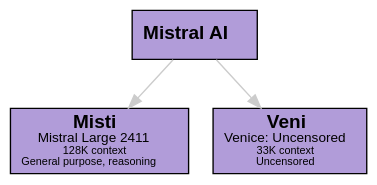
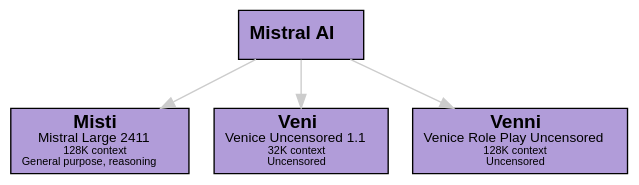
One commit to sswam/allemande changed diagram 11 of 14 in doc/guide.md. Above: the diagram before and after it, drawn with Graphviz. The commit also changed other lines of this file and 4 other files, not shown here.

First line of the commit message:
feat(llms): add venice-uncensored-role-play model

````diff
--- a/doc/guide.md
+++ b/doc/guide.md
@@ -621,14 +621,15 @@
 ```dot
 digraph Mistral {
     graph [bgcolor=transparent]
     edge [color="#CCCCCC"]
     node [shape=box, style=filled, fillcolor="#B19CD9", fontname="Helvetica"]
 
     "Mistral" [label=<<b>Mistral AI</b>>]
     "Misti" [label=<<b>Misti</b><br/><font point-size="10">Mistral Large 2411</font><br/><font point-size="8">128K context</font><br/><font point-size="8">General purpose, reasoning</font>>]
-    "Veni" [label=<<b>Veni</b><br/><font point-size="10">Venice: Uncensored</font><br/><font point-size="8">33K context</font><br/><font point-size="8">Uncensored</font>>]
-
+    "Veni" [label=<<b>Veni</b><br/><font point-size="10">Venice Uncensored 1.1</font><br/><font point-size="8">32K context</font><br/><font point-size="8">Uncensored</font>>]
+    "Venni" [label=<<b>Venni</b><br/><font point-size="10">Venice Role Play Uncensored</font><br/><font point-size="8">128K context</font><br/><font point-size="8">Uncensored</font>>]
     "Mistral" -> "Misti"
     "Mistral" -> "Veni"
+    "Mistral" -> "Venni"
 }
 ```
````
